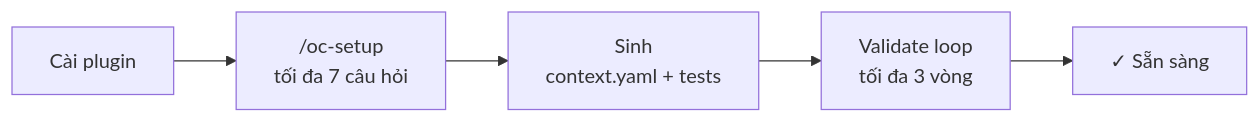
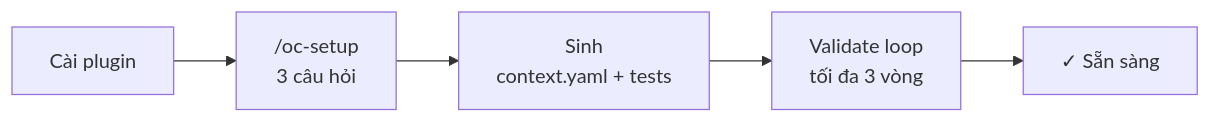
Before and after one commit to oopsla5xx/open-context: the first of 2 diagrams in README.vi.md, drawn with Mermaid. The commit also changed other lines of this file and 6 other files, not shown here.

````diff
--- a/README.vi.md
+++ b/README.vi.md
@@ -121,7 +121,7 @@
 ```mermaid
 flowchart LR
-    A[Cài plugin] --> B["/oc-setup\ntối đa 7 câu hỏi"]
+    A[Cài plugin] --> B["/oc-setup\n3 câu hỏi"]
     B --> C[Sinh\ncontext.yaml + tests]
     C --> D[Validate loop\ntối đa 3 vòng]
     D --> E["✓ Sẵn sàng"]
 ```
````
